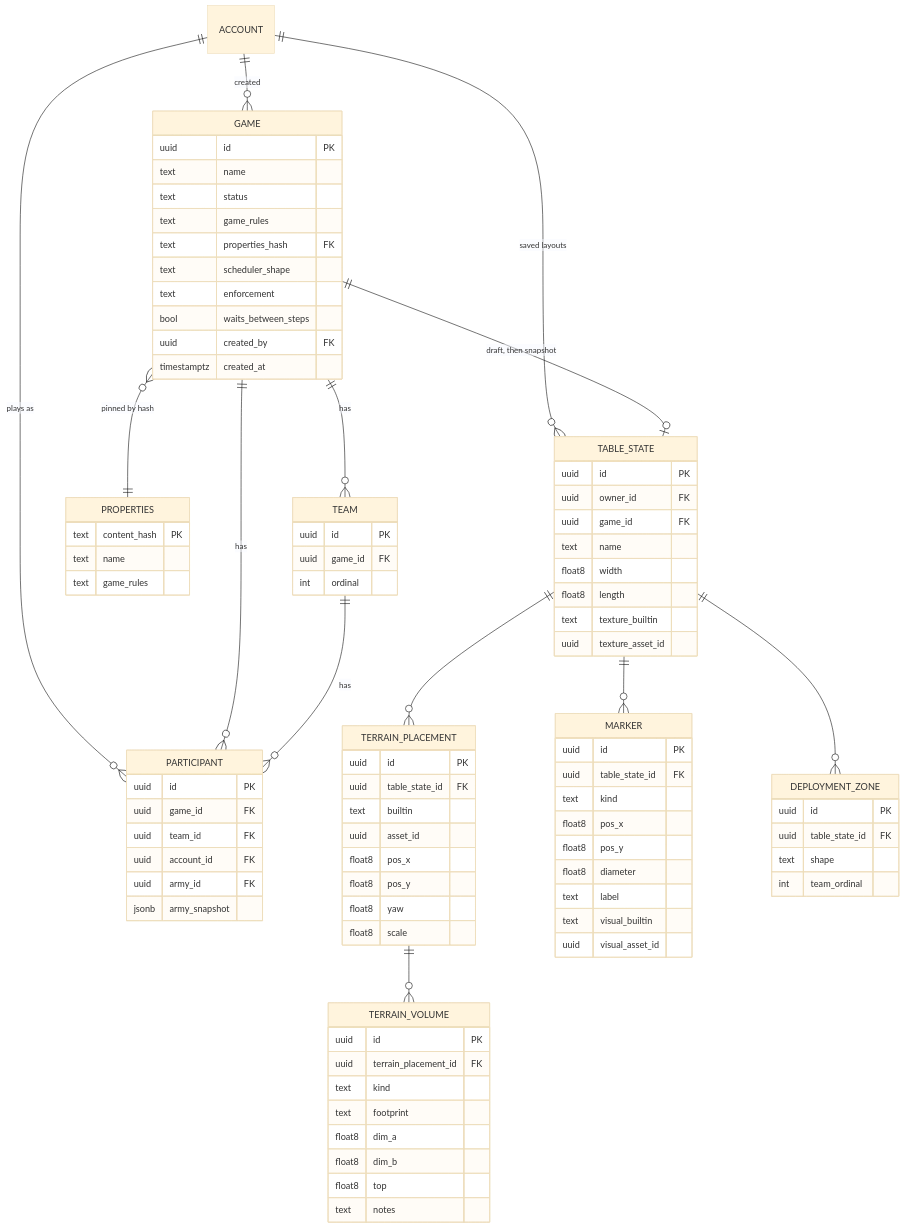
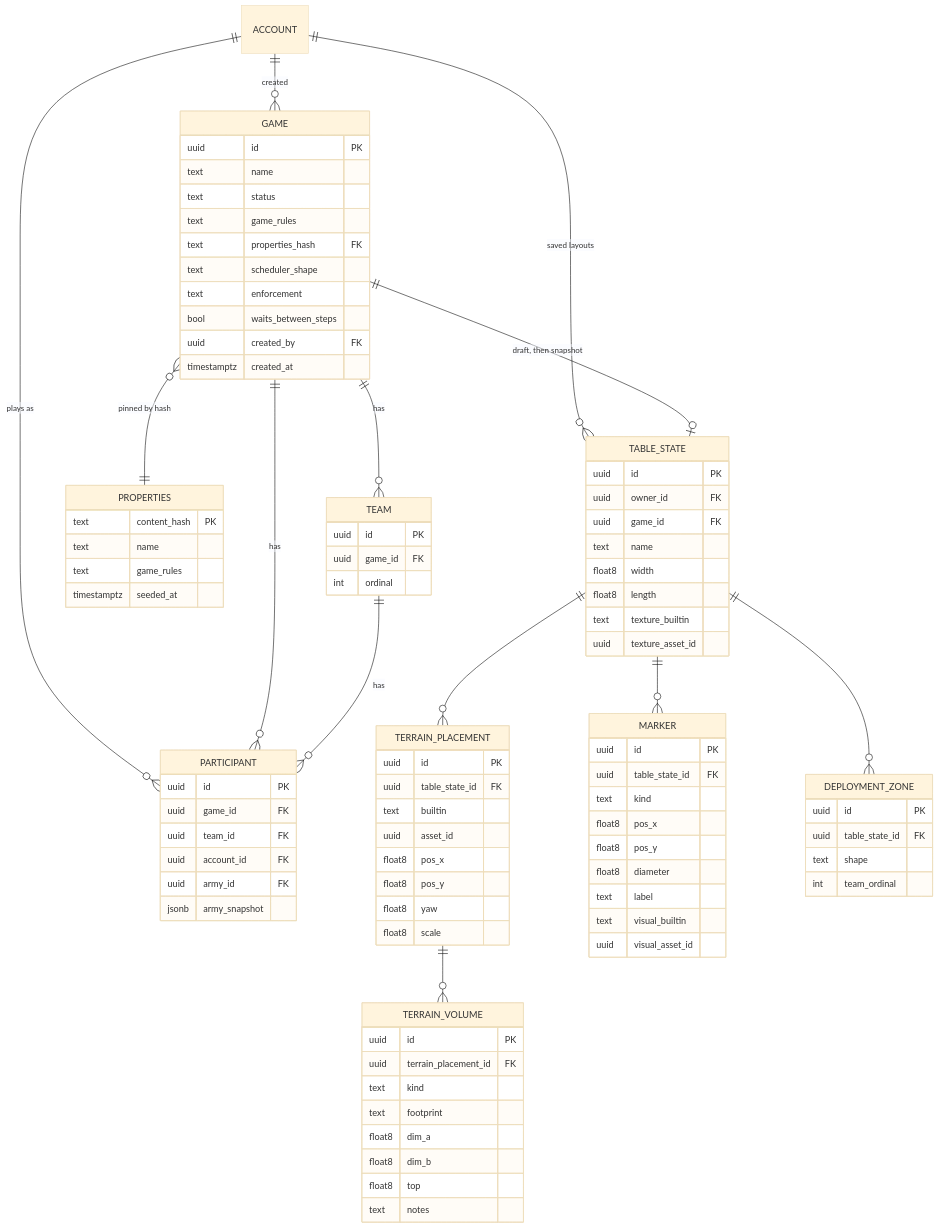
Diagram 12 of 12 in docs/design/management-api/design.md (cstupi/tabletop), drawn with Mermaid (base theme) before and after one commit. The commit also changed other lines of this file and 107 other files, not shown here.

```diff
--- a/docs/design/management-api/design.md
+++ b/docs/design/management-api/design.md
@@ -1364,6 +1368,7 @@
         text content_hash PK
         text name
         text game_rules
+        timestamptz seeded_at
     }
     TABLE_STATE {
         uuid id PK
```
